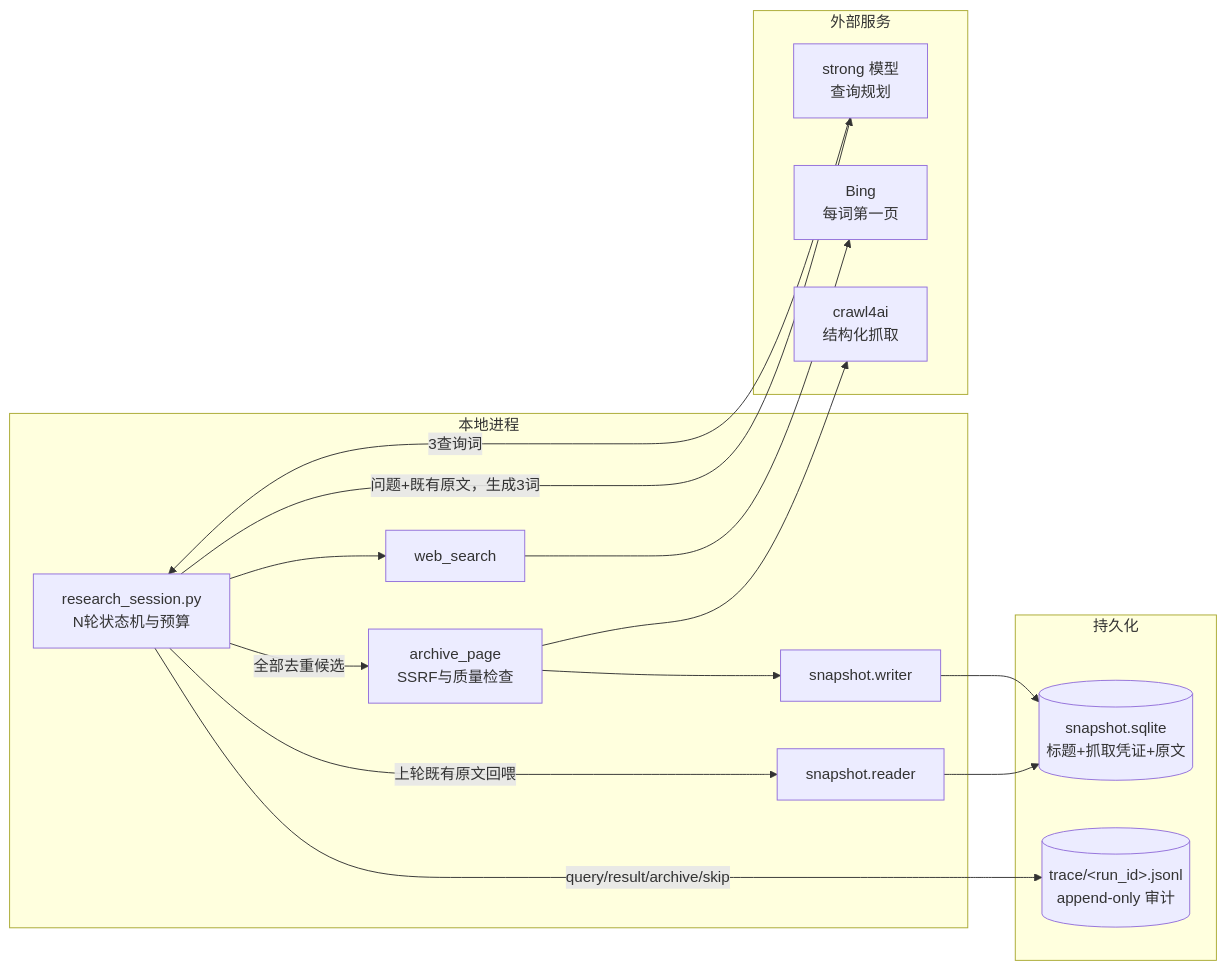
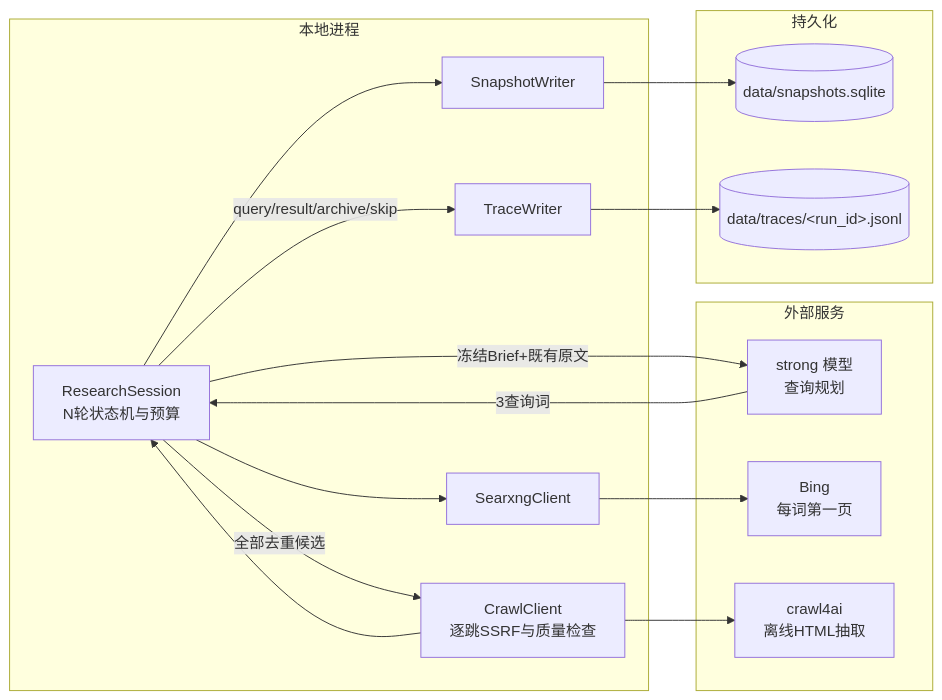
One commit to SuperCatQR/traceable-research-runtime changed the third of 6 diagrams in docs/web-search-architecture.md. Above: the diagram before and after it, drawn with Mermaid. The commit also changed other lines of this file and 12 other files, not shown here.

Commit message:
fix: align research pipeline with architecture

````diff
--- a/docs/web-search-architecture.md
+++ b/docs/web-search-architecture.md
@@ -179,29 +161,28 @@
 ```mermaid
 flowchart LR
-    subgraph P1["本地进程"]
-        X["research_session.py<br/>N轮状态机与预算"]
-        SC["web_search"]
-        OS["archive_page<br/>SSRF与质量检查"]
-        SW["snapshot.writer"]
-        SRr["snapshot.reader"]
+    subgraph procExplore["本地进程"]
+        sessionExplore["ResearchSession<br/>N轮状态机与预算"]
+        searchClient["SearxngClient"]
+        crawlClient["CrawlClient<br/>逐跳SSRF与质量检查"]
+        snapshotWriter["SnapshotWriter"]
+        traceExplore["TraceWriter"]
     end
 
-    subgraph E1["外部服务"]
-        S["strong 模型<br/>查询规划"]
-        B["Bing<br/>每词第一页"]
-        CR["crawl4ai<br/>结构化抓取"]
+    subgraph extExplore["外部服务"]
+        modelExplore["strong 模型<br/>查询规划"]
+        bingExplore["Bing<br/>每词第一页"]
+        crawlExplore["crawl4ai<br/>离线HTML抽取"]
     end
 
-    subgraph D1["持久化"]
-        SD[("snapshot.sqlite<br/>标题+抓取凭证+原文")]
-        LG[("trace/&lt;run_id&gt;.jsonl<br/>append-only 审计")]
+    subgraph dataExplore["持久化"]
+        snapshotData[("data/snapshots.sqlite")]
+        traceData[("data/traces/&lt;run_id&gt;.jsonl")]
     end
 
-    X -->|上轮既有原文回喂| SRr --> SD
-    X -->|问题+既有原文，生成3词| S
-    S -->|3查询词| X
-    X --> SC --> B
-    X -->|全部去重候选| OS --> CR
-    OS --> SW --> SD
-    X -->|query/result/archive/skip| LG
+    sessionExplore -->|冻结Brief+既有原文| modelExplore
+    modelExplore -->|3查询词| sessionExplore
+    sessionExplore --> searchClient --> bingExplore
+    sessionExplore -->|全部去重候选| crawlClient --> crawlExplore
+    crawlClient --> sessionExplore --> snapshotWriter --> snapshotData
+    sessionExplore -->|query/result/archive/skip| traceExplore --> traceData
 ```
````
